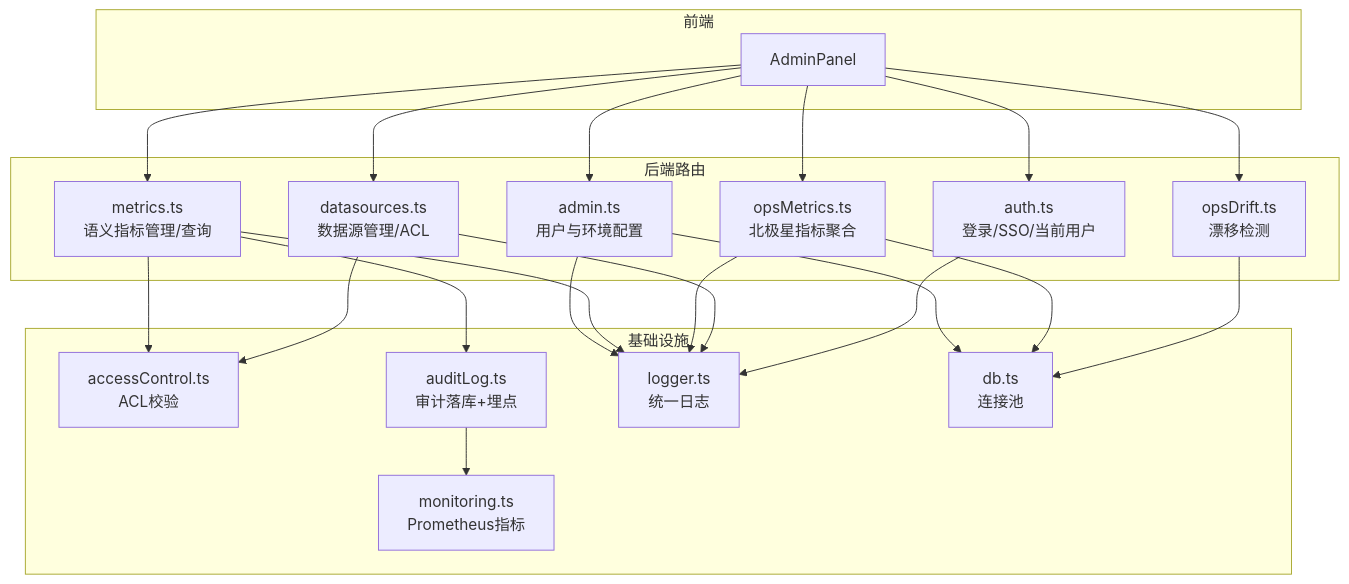
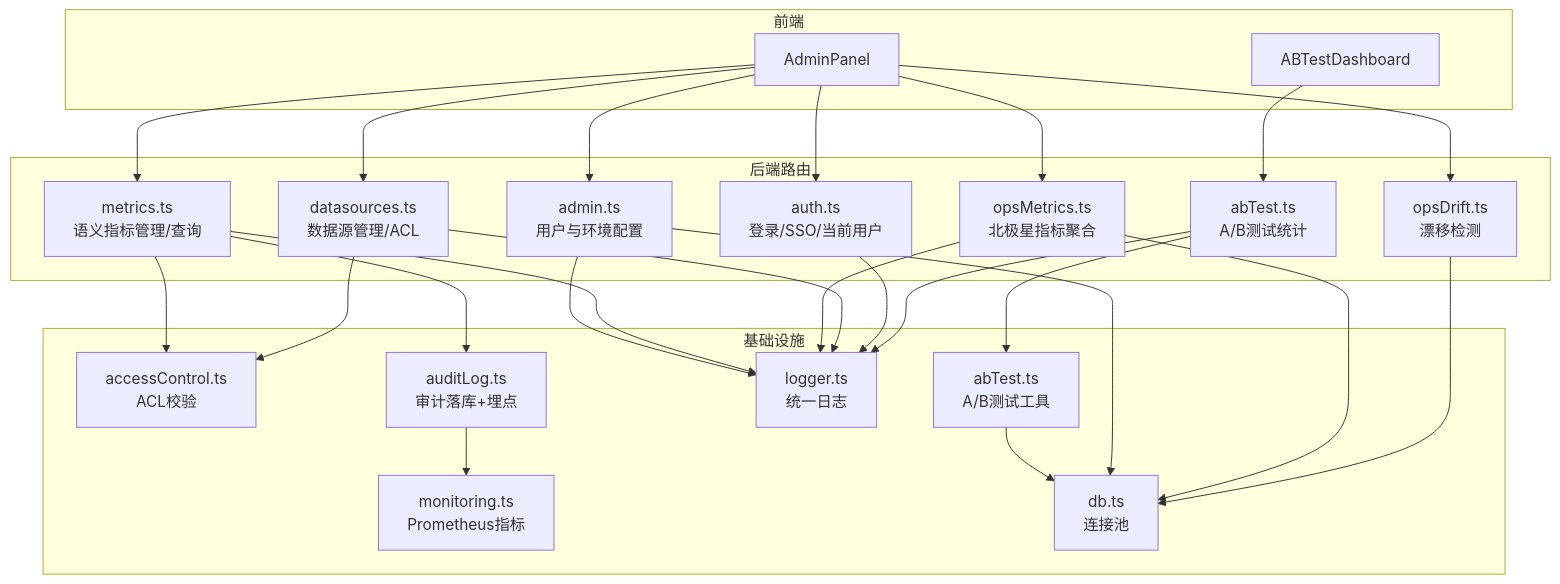
Before and after one commit to dgjin/smart-data-analytics: the first of 7 diagrams in .qoder/repowiki/zh/content/API参考/管理API/管理API.md, drawn with Mermaid. The commit also changed other lines of this file and 66 other files, not shown here.

````diff
--- a/.qoder/repowiki/zh/content/API参考/管理API/管理API.md
+++ b/.qoder/repowiki/zh/content/API参考/管理API/管理API.md
@@ -41,39 +53,46 @@
 ```mermaid
 graph TB
 subgraph "前端"
 AP["AdminPanel"]
+ABTD["ABTestDashboard"]
 end
 subgraph "后端路由"
 A["admin.ts<br/>用户与环境配置"]
 M["metrics.ts<br/>语义指标管理/查询"]
 OM["opsMetrics.ts<br/>北极星指标聚合"]
 AU["auth.ts<br/>登录/SSO/当前用户"]
 DS["datasources.ts<br/>数据源管理/ACL"]
 OD["opsDrift.ts<br/>漂移检测"]
+ABT["abTest.ts<br/>A/B测试统计"]
 end
 subgraph "基础设施"
 AC["accessControl.ts<br/>ACL校验"]
 AL["auditLog.ts<br/>审计落库+埋点"]
 MO["monitoring.ts<br/>Prometheus指标"]
 LG["logger.ts<br/>统一日志"]
 DB["db.ts<br/>连接池"]
+ABTU["abTest.ts<br/>A/B测试工具"]
 end
 AP --> A
 AP --> M
 AP --> OM
 AP --> AU
 AP --> DS
 AP --> OD
+ABTD --> ABT
+ABT --> ABTU
+ABTU --> DB
 A --> DB
 M --> AC
 M --> AL
 OM --> DB
 DS --> AC
 OD --> DB
 AL --> MO
 A --> LG
 M --> LG
 OM --> LG
 DS --> LG
 AU --> LG
+ABT --> LG
 ```
````
